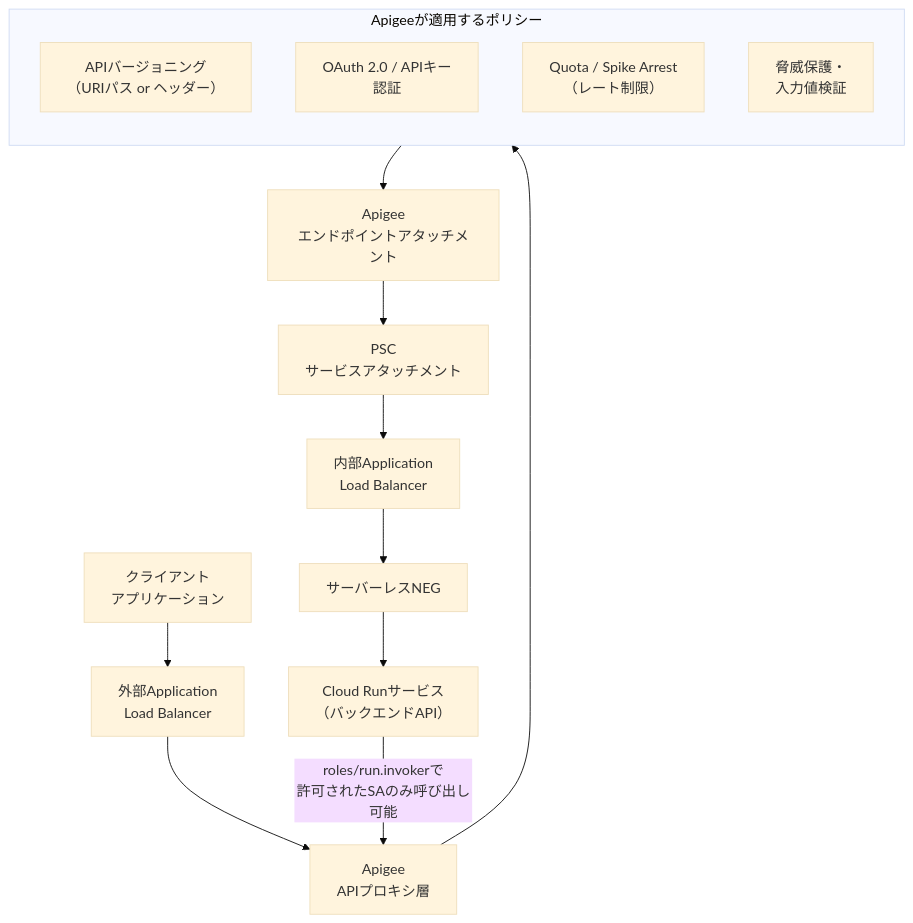
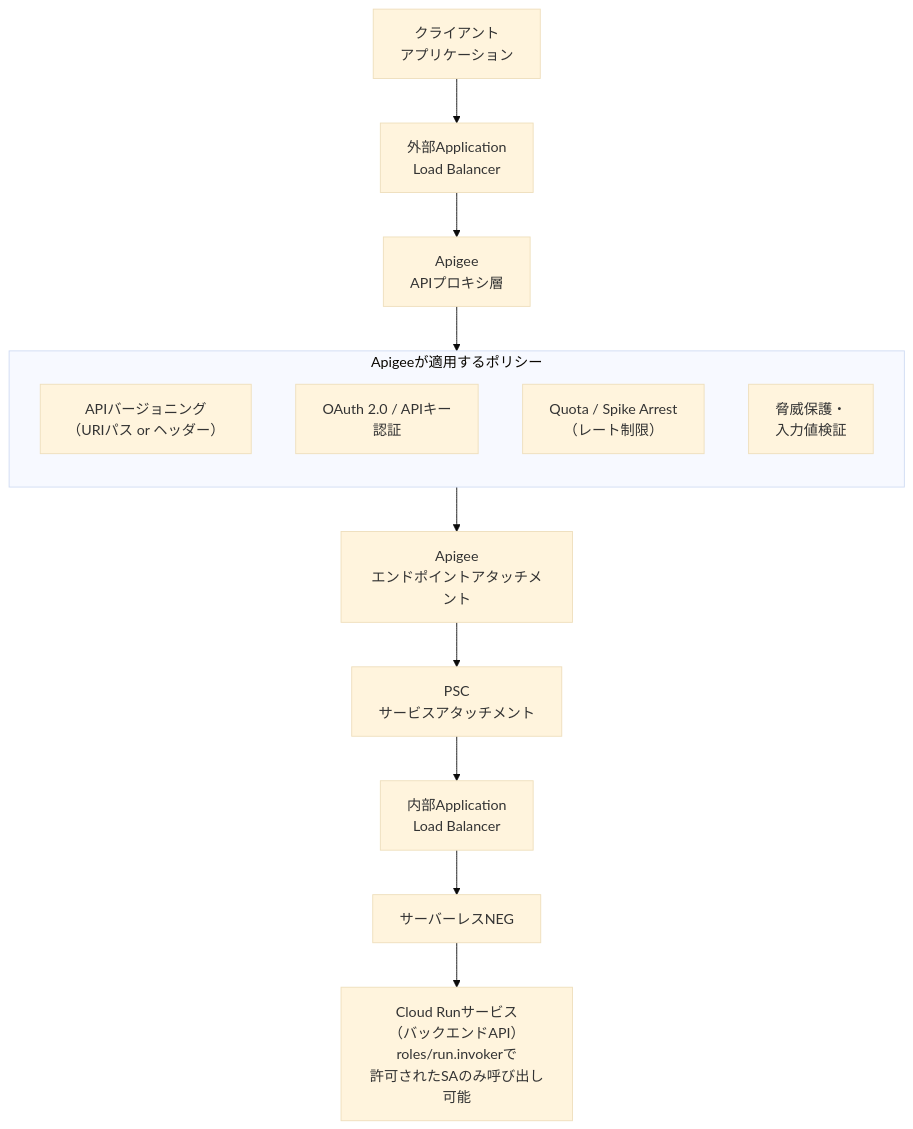
One commit to myoshi2891/Cloud-Infrastructure-Studies changed the fifth of 8 diagrams in Gcp-professional-cloud-developer-section3.md. Above: the diagram before and after it, drawn with Mermaid (base theme). The commit also changed other lines of this file, not shown here.

Commit message:
docs(pcd): update section 3 eventarc, iam and apigee details

````diff
--- a/Gcp-professional-cloud-developer-section3.md
+++ b/Gcp-professional-cloud-developer-section3.md
@@ -223,22 +224,20 @@
 ```mermaid
 flowchart TB
     CLIENT["クライアント<br/>アプリケーション"] --> LB["外部Application<br/>Load Balancer"]
     LB --> APIGEE["Apigee<br/>APIプロキシ層"]
 
     subgraph APIGEE_POLICIES["Apigeeが適用するポリシー"]
         direction TB
         P1["APIバージョニング<br/>（URIパス or ヘッダー）"]
         P2["OAuth 2.0 / APIキー<br/>認証"]
         P3["Quota / Spike Arrest<br/>（レート制限）"]
         P4["脅威保護・<br/>入力値検証"]
     end
 
     APIGEE --> APIGEE_POLICIES
     APIGEE_POLICIES --> EPATTACH["Apigee<br/>エンドポイントアタッチメント"]
     EPATTACH --> PSCSA["PSC<br/>サービスアタッチメント"]
     PSCSA --> ILB["内部Application<br/>Load Balancer"]
     ILB --> SNEG["サーバーレスNEG"]
-    SNEG --> RUN["Cloud Runサービス<br/>（バックエンドAPI）"]
-
-    RUN -->|"roles/run.invokerで<br/>許可されたSAのみ呼び出し可能"| APIGEE
+    SNEG --> RUN["Cloud Runサービス<br/>（バックエンドAPI）<br/>roles/run.invokerで<br/>許可されたSAのみ呼び出し可能"]
 ```
````
